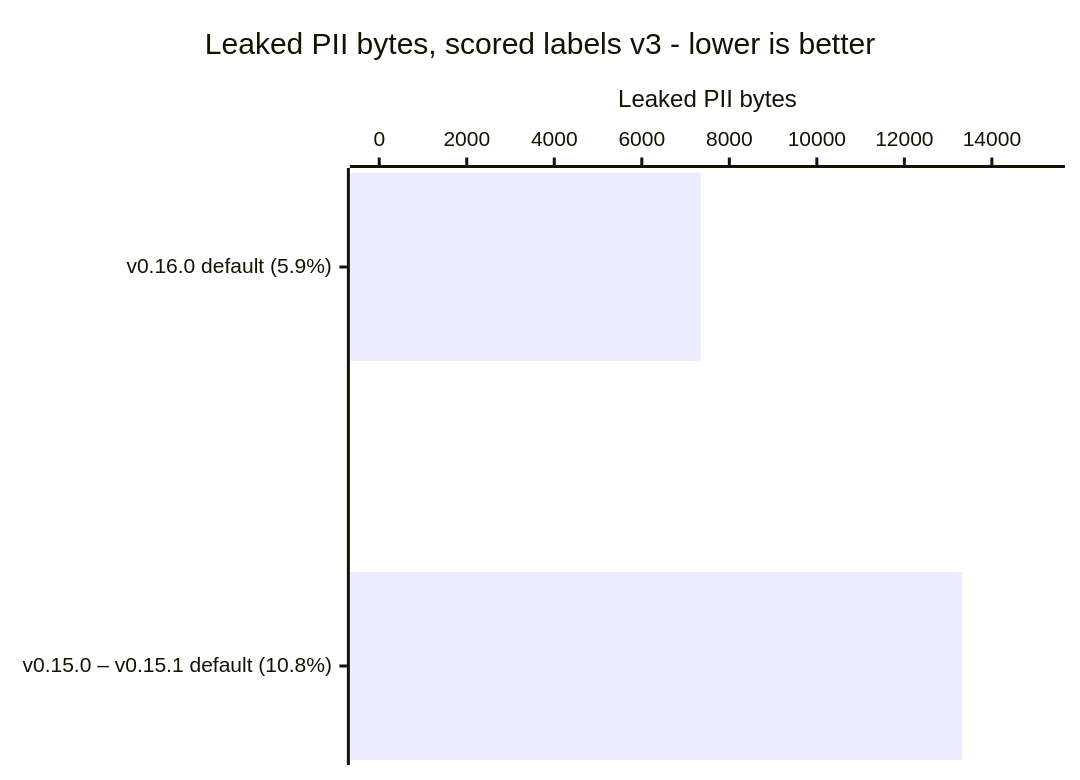
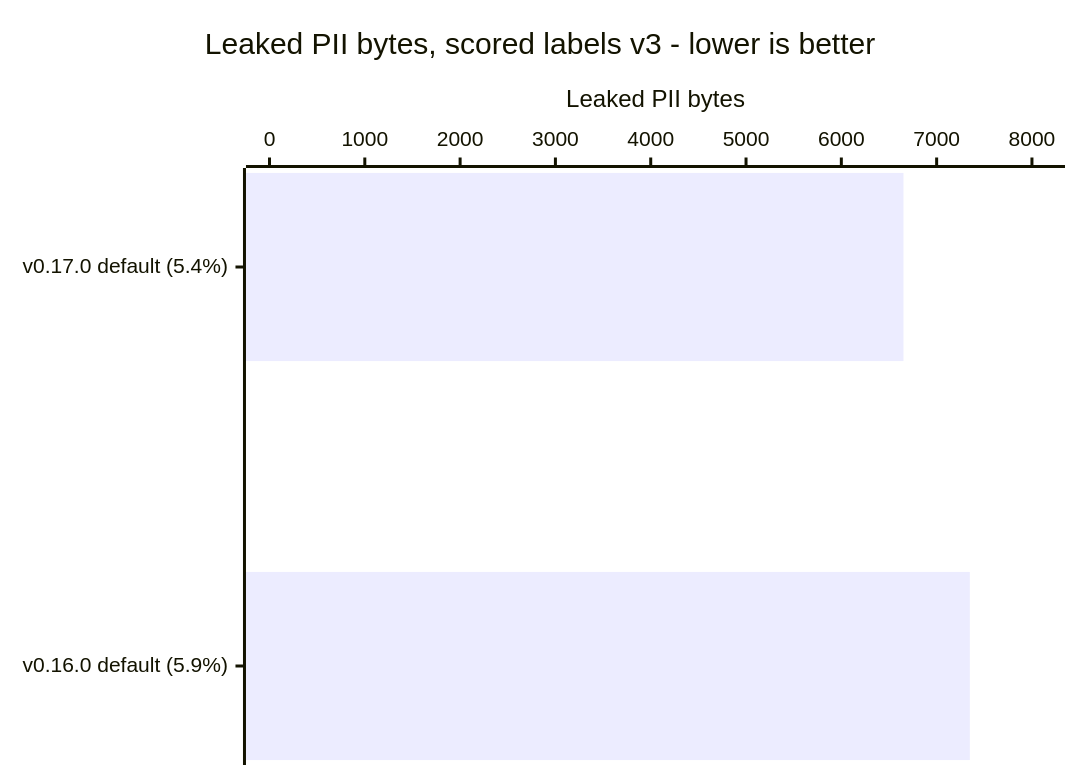
The fourth of 12 diagrams in docs/reference/benchmarks/README.md (CertaMesh/gaze), drawn with Mermaid before and after one commit. The commit also changed other lines of this file and 26 other files, not shown here.

````diff
--- a/docs/reference/benchmarks/README.md
+++ b/docs/reference/benchmarks/README.md
@@ -527,7 +614,7 @@
 ```mermaid
 xychart-beta horizontal
     title "Leaked PII bytes, scored labels v3 - lower is better"
-    x-axis ["v0.16.0 default (5.9%)", "v0.15.0 – v0.15.1 default (10.8%)"]
-    y-axis "Leaked PII bytes" 0 --> 15000
-    bar [7348, 13319]
+    x-axis ["v0.17.0 default (5.4%)", "v0.16.0 default (5.9%)"]
+    y-axis "Leaked PII bytes" 0 --> 8100
+    bar [6652, 7348]
 ```
````
